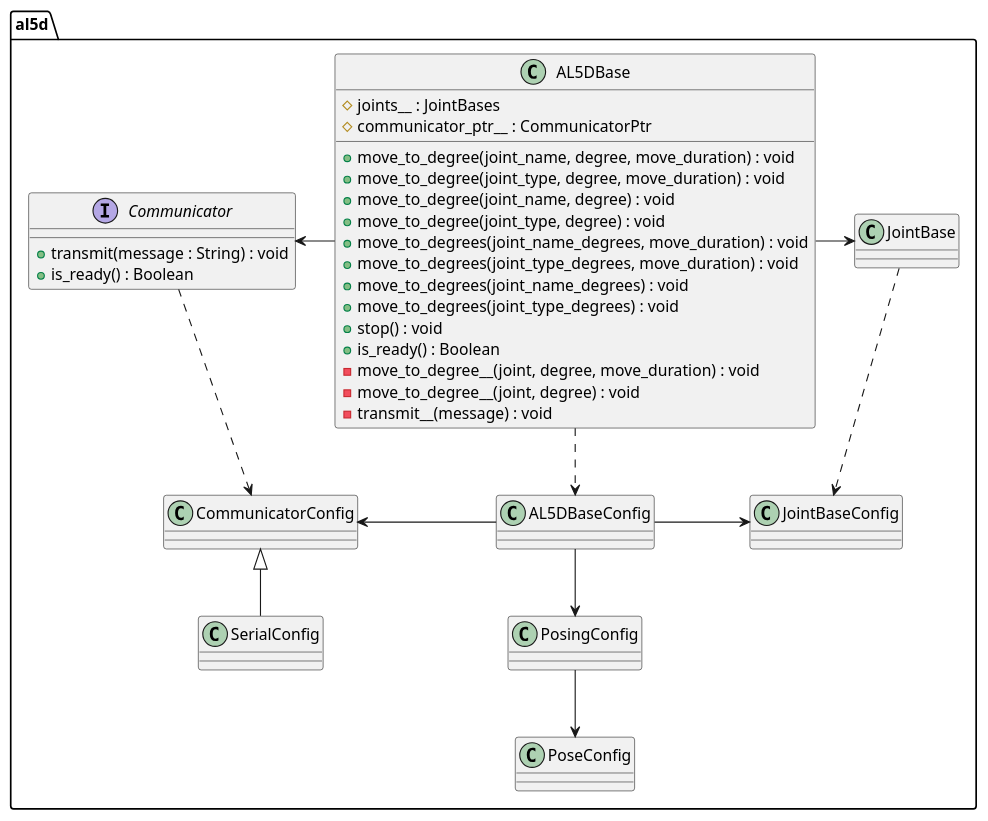
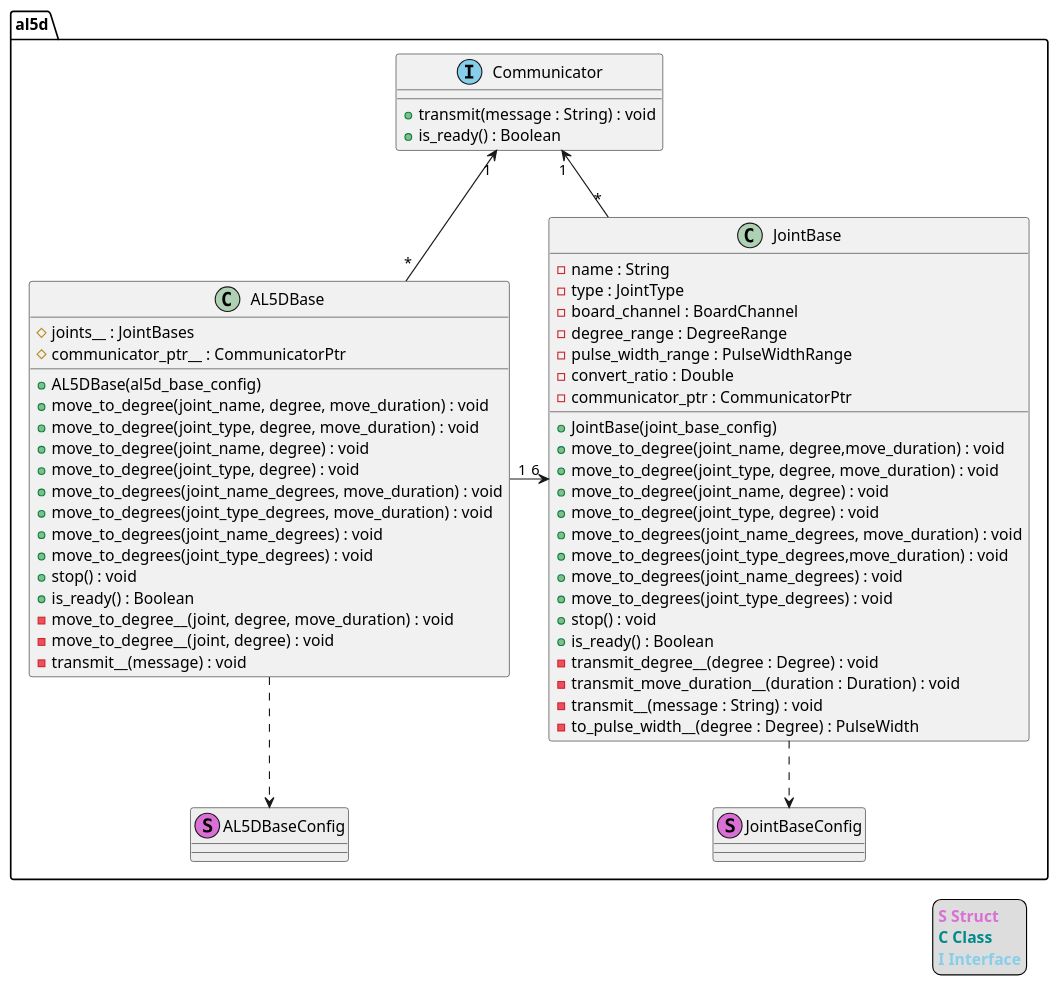
One commit to bscp/al5d_cpp changed the diagram in doc/class_design_base.puml. Above: the diagram before and after it, drawn with PlantUML. The commit also changed 12 other files, not shown here.

Commit message:
Update diagrams

```diff
--- a/doc/class_design_base.puml
+++ b/doc/class_design_base.puml
@@ -1,40 +1,70 @@
 @startuml
 
 namespace al5d {
 
-    interface Communicator {
+    class Communicator <<(I,SkyBlue)>> {
         + transmit(message : String) : void
         + is_ready() : Boolean
     }
 
     class AL5DBase {
+        + AL5DBase(al5d_base_config)
         + move_to_degree(joint_name, degree, move_duration) : void
         + move_to_degree(joint_type, degree, move_duration) : void
         + move_to_degree(joint_name, degree) : void
         + move_to_degree(joint_type, degree) : void
         + move_to_degrees(joint_name_degrees, move_duration) : void
         + move_to_degrees(joint_type_degrees, move_duration) : void
         + move_to_degrees(joint_name_degrees) : void
         + move_to_degrees(joint_type_degrees) : void
         + stop() : void
         + is_ready() : Boolean
         - move_to_degree__(joint, degree, move_duration) : void
         - move_to_degree__(joint, degree) : void
         - transmit__(message) : void
         # joints__ : JointBases
         # communicator_ptr__ : CommunicatorPtr
     }
 
-    Communicator <- AL5DBase
-    AL5DBase -> JointBase
+    class JointBase {
+        + JointBase(joint_base_config)
+        + move_to_degree(joint_name, degree,move_duration) : void
+        + move_to_degree(joint_type, degree, move_duration) : void
+        + move_to_degree(joint_name, degree) : void
+        + move_to_degree(joint_type, degree) : void
+        + move_to_degrees(joint_name_degrees, move_duration) : void
+        + move_to_degrees(joint_type_degrees,move_duration) : void
+        + move_to_degrees(joint_name_degrees) : void
+        + move_to_degrees(joint_type_degrees) : void
+        + stop() : void
+        + is_ready() : Boolean
+        - transmit_degree__(degree : Degree) : void
+        - transmit_move_duration__(duration : Duration) : void
+        - transmit__(message : String) : void
+        - to_pulse_width__(degree : Degree) : PulseWidth
+        - name : String
+        - type : JointType
+        - board_channel : BoardChannel
+        - degree_range : DegreeRange
+        - pulse_width_range : PulseWidthRange
+        - convert_ratio : Double
+        - communicator_ptr : CommunicatorPtr
+    }
+
+    class JointBaseConfig <<(S,Orchid)>> #eee
+    class AL5DBaseConfig <<(S,Orchid)>> #eee
+
+    Communicator "1" <- "*" JointBase
+    Communicator "1" <-- "*" AL5DBase
+    AL5DBase "1" -> "6" JointBase
     AL5DBase ..> AL5DBaseConfig
     JointBase ..> JointBaseConfig
-    AL5DBaseConfig -> JointBaseConfig
-    Communicator ..> CommunicatorConfig
-    CommunicatorConfig <- AL5DBaseConfig
-    AL5DBaseConfig --> PosingConfig
-    PosingConfig --> PoseConfig
-    CommunicatorConfig <|-- SerialConfig
 }
 
+legend right
+  <b><color:Orchid>S Struct</color></b>
+  <b><color:DarkCyan>C Class</color></b>
+  <b><color:SkyBlue>I Interface</color></b>
+endlegend
+
 @enduml
```
